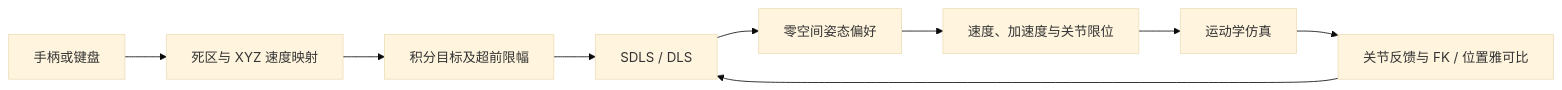
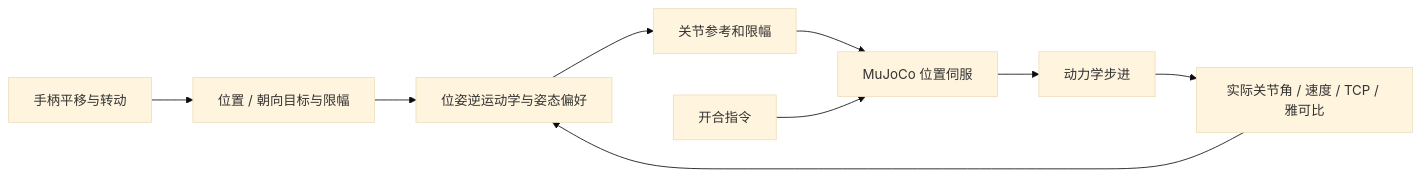
The diagram in README.md (ZSMDTR/Gamepad-Controlled-Robotic-Arm-Simulation), drawn with Mermaid (base theme) before and after one commit. The commit also changed other lines of this file and 31 other files, not shown here.

````diff
--- a/README.md
+++ b/README.md
@@ -42,11 +44,11 @@
 ```mermaid
 flowchart LR
-    A[手柄或键盘] --> B[死区与 XYZ 速度映射]
-    B --> C[积分目标及超前限幅]
-    C --> D[SDLS / DLS]
-    F[关节反馈与 FK / 位置雅可比] --> D
-    D --> E[零空间姿态偏好]
-    E --> G[速度、加速度与关节限位]
-    G --> H[运动学仿真]
-    H --> F
+    A[手柄平移与转动] --> B[位置 / 朝向目标与限幅]
+    B --> C[位姿逆运动学与姿态偏好]
+    C --> D[关节参考和限幅]
+    D --> E[MuJoCo 位置伺服]
+    E --> F[动力学步进]
+    F --> G[实际关节角 / 速度 / TCP / 雅可比]
+    G --> C
+    H[开合指令] --> E
 ```
````
